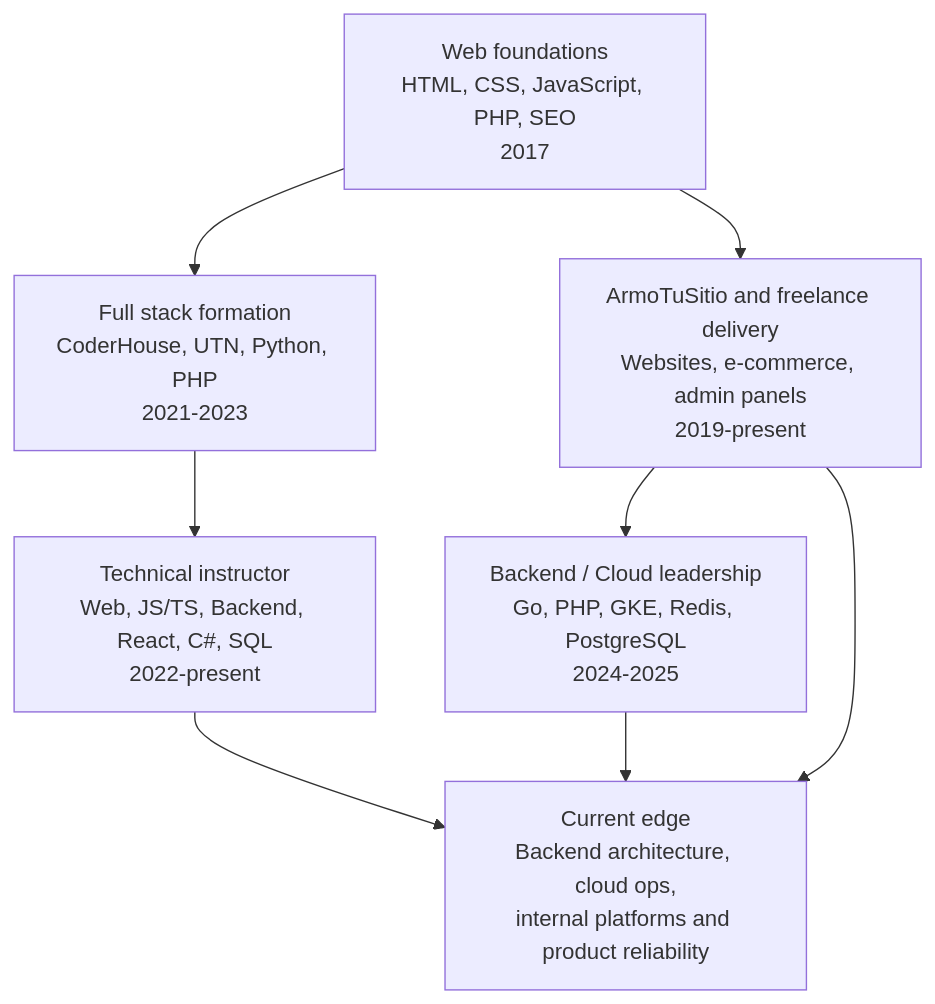
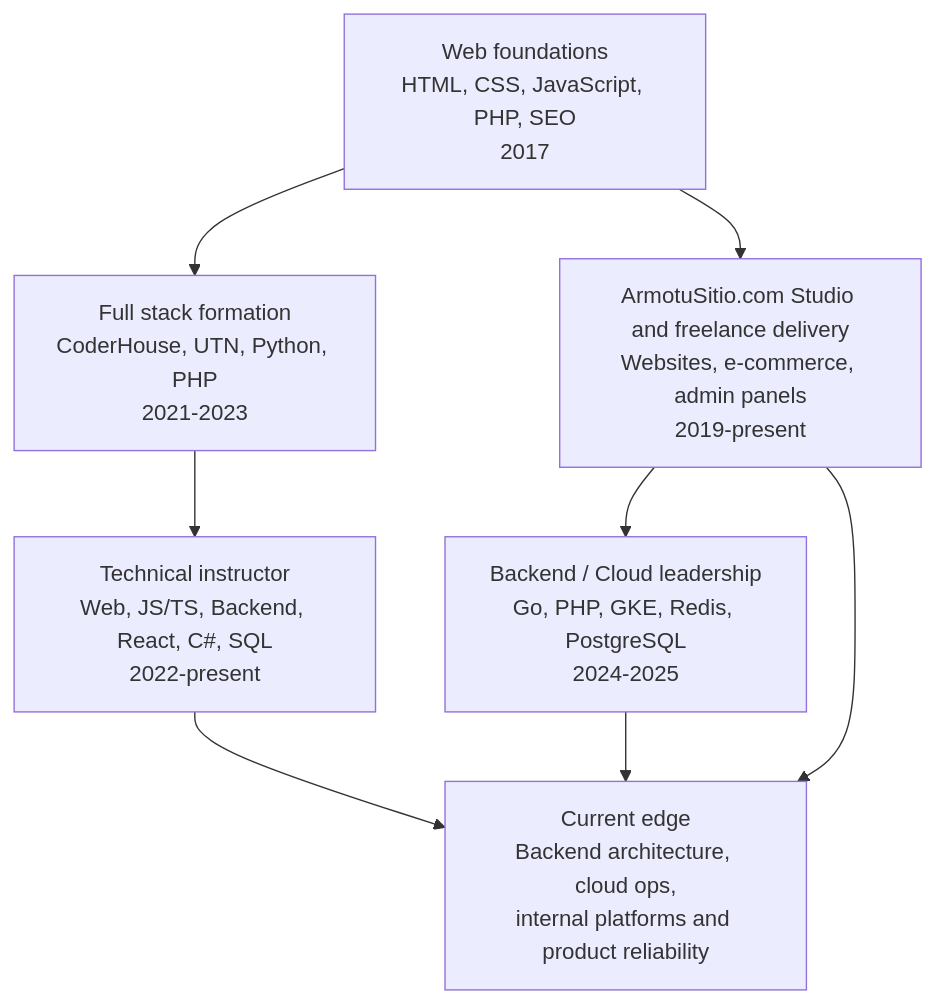
Before and after one commit to Drako01/Drako01: the diagram in README.md, drawn with Mermaid. The commit also changed other lines of this file, not shown here.

````diff
--- a/README.md
+++ b/README.md
@@ -137,17 +137,17 @@
 ```mermaid
 flowchart TD
   A["Web foundations<br/>HTML, CSS, JavaScript, PHP, SEO<br/>2017"]
   B["Full stack formation<br/>CoderHouse, UTN, Python, PHP<br/>2021-2023"]
-  C["ArmoTuSitio and freelance delivery<br/>Websites, e-commerce, admin panels<br/>2019-present"]
+  C["ArmotuSitio.com Studio and freelance delivery<br/>Websites, e-commerce, admin panels<br/>2019-present"]
   D["Technical instructor<br/>Web, JS/TS, Backend, React, C#, SQL<br/>2022-present"]
   E["Backend / Cloud leadership<br/>Go, PHP, GKE, Redis, PostgreSQL<br/>2024-2025"]
   F["Current edge<br/>Backend architecture, cloud ops,<br/>internal platforms and product reliability"]
 
   A --> B
   A --> C
   B --> D
   C --> E
   C --> F
   D --> F
   E --> F
 ```
````
